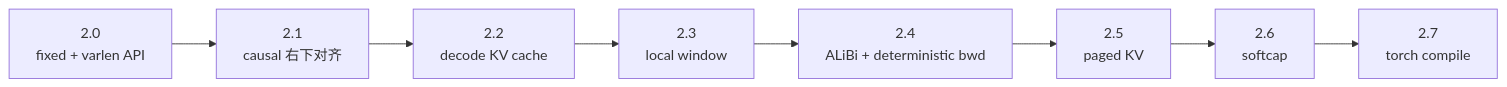
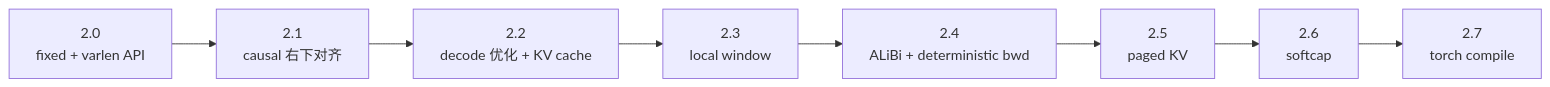
The diagram in flash-attn_reading/CUDA内核/FA2-Forward/FlashAttention-FA2版本演进.md (OnlyHero5/sglang-reading-vault), drawn with Mermaid before and after one commit. The commit also changed other lines of this file and 512 other files, not shown here.

````diff
--- a/flash-attn_reading/CUDA内核/FA2-Forward/FlashAttention-FA2版本演进.md
+++ b/flash-attn_reading/CUDA内核/FA2-Forward/FlashAttention-FA2版本演进.md
@@ -40,12 +42,12 @@
 ```mermaid
 flowchart LR
     V20["2.0<br/>fixed + varlen API"]
     V21["2.1<br/>causal 右下对齐"]
-    V22["2.2<br/>decode KV cache"]
+    V22["2.2<br/>decode 优化 + KV cache"]
     V23["2.3<br/>local window"]
     V24["2.4<br/>ALiBi + deterministic bwd"]
     V25["2.5<br/>paged KV"]
     V26["2.6<br/>softcap"]
     V27["2.7<br/>torch compile"]
     V20 --> V21 --> V22 --> V23 --> V24 --> V25 --> V26 --> V27
 ```
````
